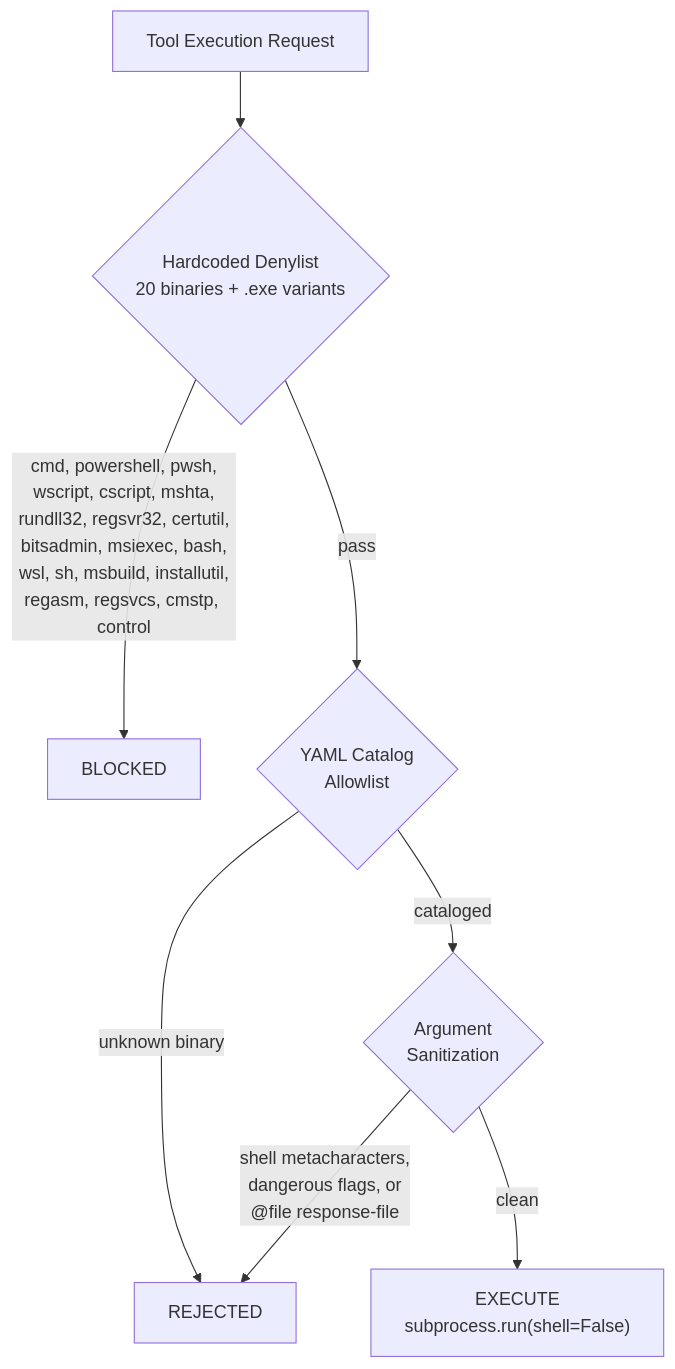
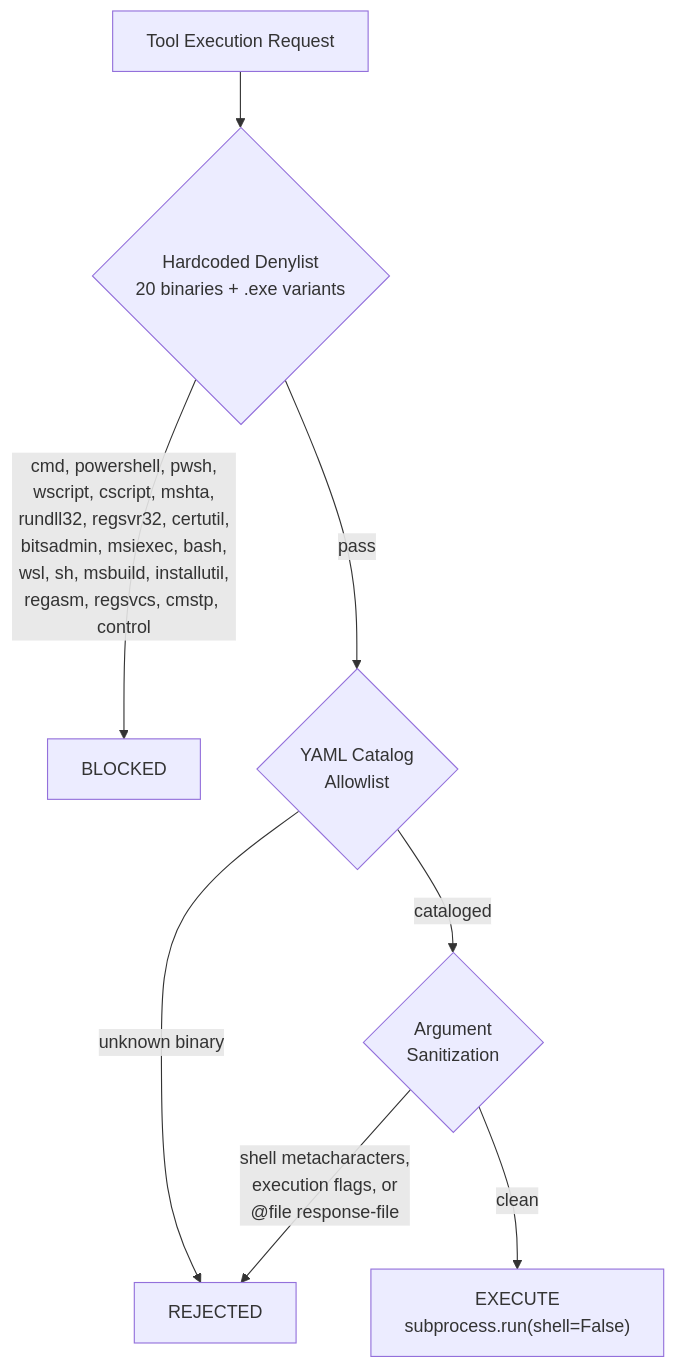
The third of 3 diagrams in README.md (AppliedIR/wintools-mcp), drawn with Mermaid before and after one commit. The commit also changed other lines of this file and 21 other files, not shown here.

````diff
--- a/README.md
+++ b/README.md
@@ -64,10 +64,10 @@
 ```mermaid
 graph TB
     INPUT["Tool Execution Request"] --> D{"Hardcoded Denylist<br/>20 binaries + .exe variants"}
     D -->|"cmd, powershell, pwsh,<br/>wscript, cscript, mshta,<br/>rundll32, regsvr32, certutil,<br/>bitsadmin, msiexec, bash,<br/>wsl, sh, msbuild, installutil,<br/>regasm, regsvcs, cmstp, control"| BLOCKED["BLOCKED"]
     D -->|"pass"| A{"YAML Catalog<br/>Allowlist"}
     A -->|"unknown binary"| REJECTED["REJECTED"]
     A -->|"cataloged"| S{"Argument<br/>Sanitization"}
-    S -->|"shell metacharacters,<br/>dangerous flags, or<br/>@file response-file"| REJECTED
+    S -->|"shell metacharacters,<br/>execution flags, or<br/>@file response-file"| REJECTED
     S -->|"clean"| E["EXECUTE<br/>subprocess.run(shell=False)"]
 ```
````
